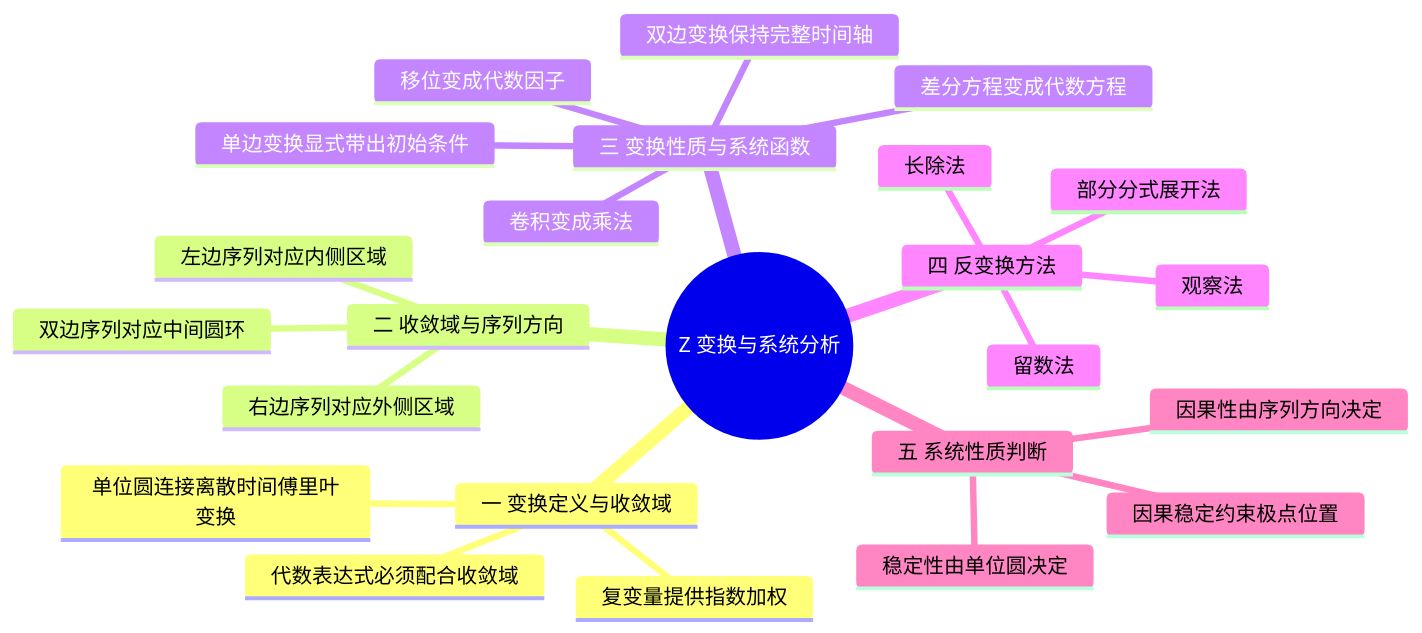
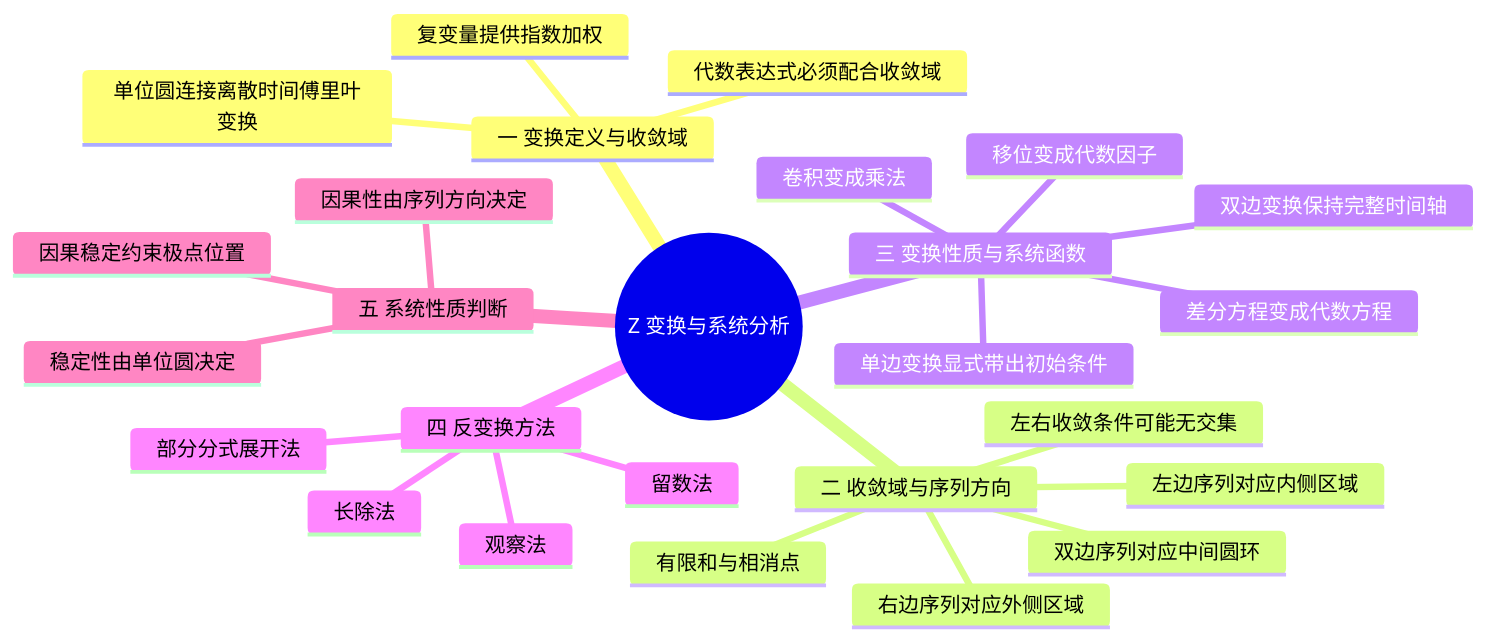
Before and after one commit to 3280441136-lab/My_Obsidian_Notes: the first of 4 diagrams in 学习/学校课程/数字信号处理（3学分）/06 第6课 Z变换、收敛域与系统函数.md, drawn with Mermaid. The commit also changed other lines of this file and 177 other files, not shown here.

````diff
--- a/学习/学校课程/数字信号处理（3学分）/06 第6课 Z变换、收敛域与系统函数.md
+++ b/学习/学校课程/数字信号处理（3学分）/06 第6课 Z变换、收敛域与系统函数.md
@@ -5,27 +5,29 @@
 ```mermaid
 mindmap
   root((Z 变换与系统分析))
     一 变换定义与收敛域
       复变量提供指数加权
       代数表达式必须配合收敛域
       单位圆连接离散时间傅里叶变换
     二 收敛域与序列方向
       右边序列对应外侧区域
       左边序列对应内侧区域
       双边序列对应中间圆环
+      左右收敛条件可能无交集
+      有限和与相消点
     三 变换性质与系统函数
       移位变成代数因子
       卷积变成乘法
       差分方程变成代数方程
       双边变换保持完整时间轴
       单边变换显式带出初始条件
     四 反变换方法
       观察法
       长除法
       部分分式展开法
       留数法
     五 系统性质判断
       因果性由序列方向决定
       稳定性由单位圆决定
       因果稳定约束极点位置
 ```
````
